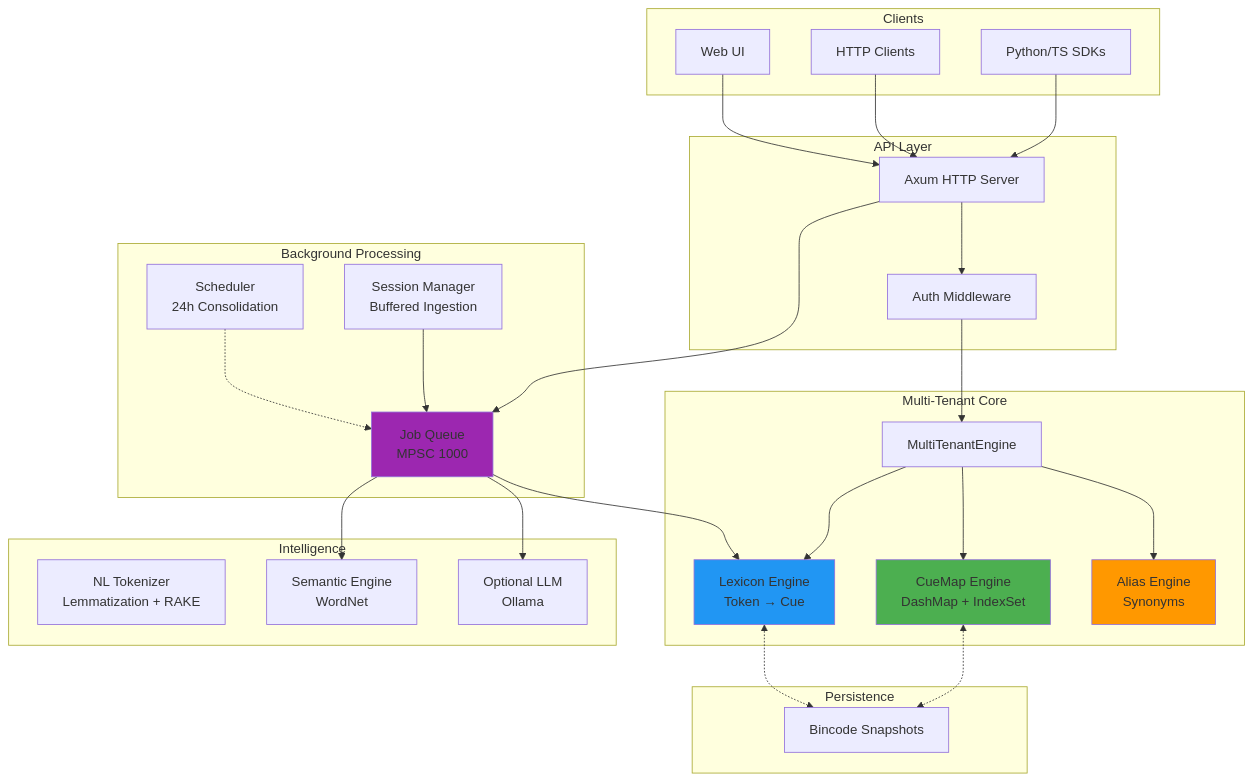
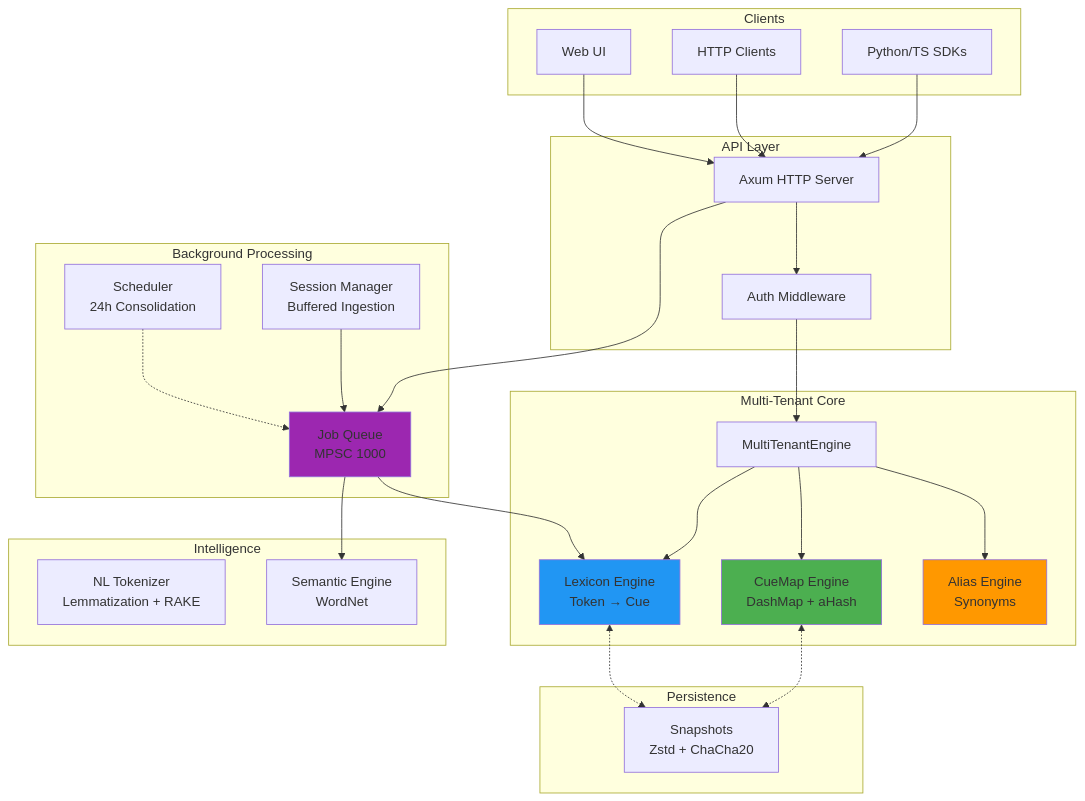
The first of 6 diagrams in README.md (cuemap-dev/cuemap), drawn with Mermaid before and after one commit. The commit also changed other lines of this file and 4 other files, not shown here.

````diff
--- a/README.md
+++ b/README.md
@@ -687,61 +680,59 @@
 ```mermaid
 graph TB
     subgraph "Clients"
         SDK[Python/TS SDKs]
         CURL[HTTP Clients]
         UI[Web UI]
     end
     
     subgraph "API Layer"
         AXUM[Axum HTTP Server]
         AUTH[Auth Middleware]
     end
     
     subgraph "Multi-Tenant Core"
         MT[MultiTenantEngine]
-        MAIN[CueMap Engine<br/>DashMap + IndexSet]
+        MAIN[CueMap Engine<br/>DashMap + aHash]
         LEX[Lexicon Engine<br/>Token → Cue]
         ALIAS[Alias Engine<br/>Synonyms]
     end
     
     subgraph "Background Processing"
         QUEUE[Job Queue<br/>MPSC 1000]
         SESSION[Session Manager<br/>Buffered Ingestion]
         SCHED[Scheduler<br/>24h Consolidation]
     end
     
     subgraph "Intelligence"
         NL[NL Tokenizer<br/>Lemmatization + RAKE]
         SEMANTIC[Semantic Engine<br/>WordNet]
-        LLM[Optional LLM<br/>Ollama]
     end
     
     subgraph "Persistence"
-        PERSIST[Bincode Snapshots]
+        PERSIST[Snapshots<br/>Zstd + ChaCha20]
     end
     
     SDK --> AXUM
     CURL --> AXUM
     UI --> AXUM
     AXUM --> AUTH --> MT
     
     MT --> MAIN
     MT --> LEX
     MT --> ALIAS
     
     AXUM --> QUEUE
     SESSION --> QUEUE
     SCHED -.-> QUEUE
     
     QUEUE --> SEMANTIC
-    QUEUE --> LLM
     QUEUE --> LEX
     
     MAIN <-.-> PERSIST
     LEX <-.-> PERSIST
     
     style MAIN fill:#4CAF50
     style LEX fill:#2196F3
     style ALIAS fill:#FF9800
     style QUEUE fill:#9C27B0
 ```
````
